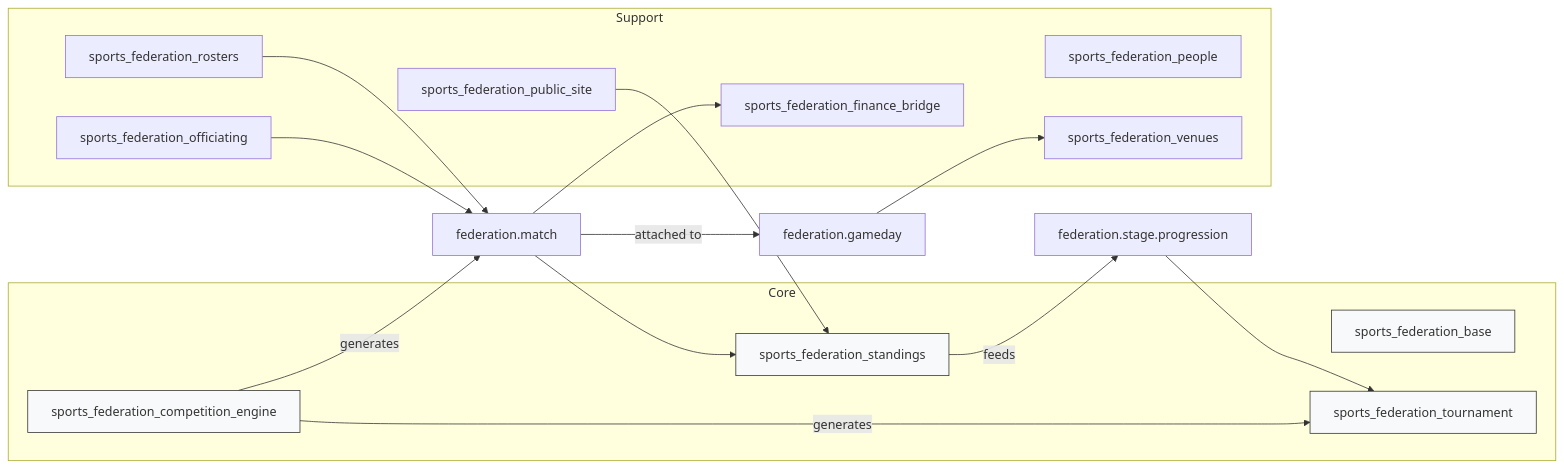
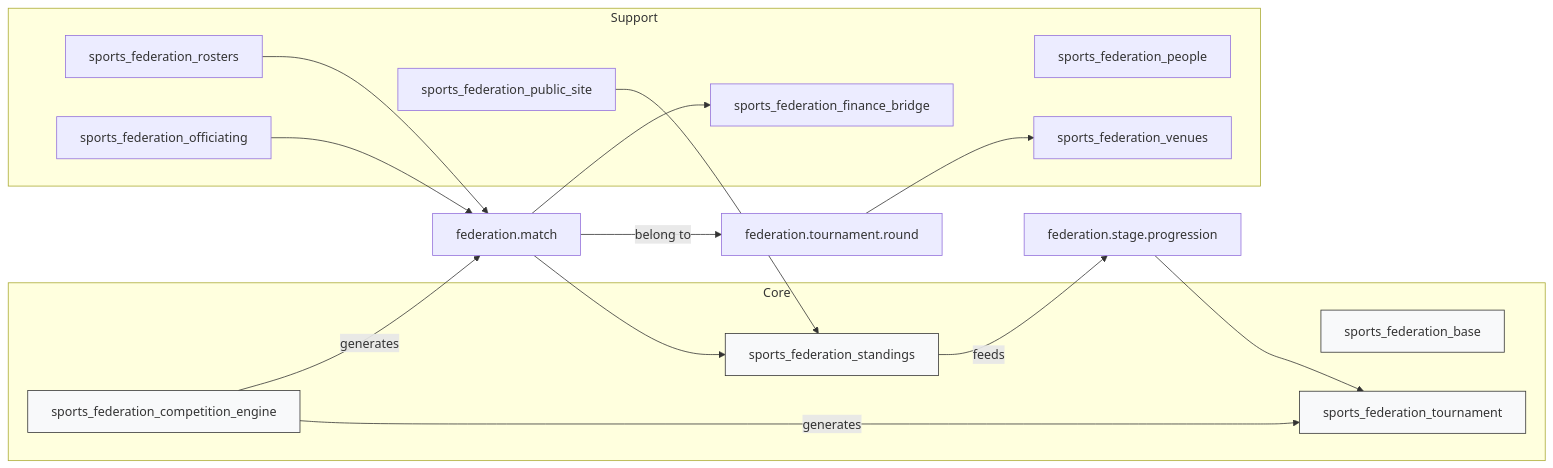
The diagram in README.md (cb-96/odoo), drawn with Mermaid before and after one commit. The commit also changed other lines of this file and 57 other files, not shown here.

Commit message:
Finished Year 1 roadmap.

````diff
--- a/README.md
+++ b/README.md
@@ -29,32 +29,32 @@
 ```mermaid
 graph LR
   subgraph Core
     Base[sports_federation_base]
     Tournament[sports_federation_tournament]
     Engine[sports_federation_competition_engine]
     Standings[sports_federation_standings]
   end
   subgraph Support
     People[sports_federation_people]
     Rosters[sports_federation_rosters]
     Officiating[sports_federation_officiating]
     Venues[sports_federation_venues]
     Finance[sports_federation_finance_bridge]
     Public[sports_federation_public_site]
   end
 
   Engine -->|generates| Tournament
   Engine -->|generates| Matches[federation.match]
-  Matches -->|attached to| Gameday[federation.gameday]
-  Gameday --> Venues
+  Matches -->|belong to| Round[federation.tournament.round]
+  Round --> Venues
   Matches --> Standings
   Standings -->|feeds| Progression[federation.stage.progression]
   Progression --> Tournament
   Matches --> Finance
   Rosters --> Matches
   Officiating --> Matches
   Public --> Standings
 
   classDef core fill:#f8f9fa,stroke:#333
   class Base,Tournament,Engine,Standings core;
 ```
````
